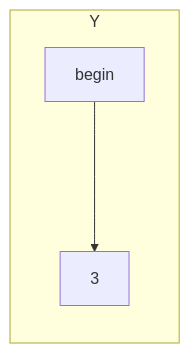
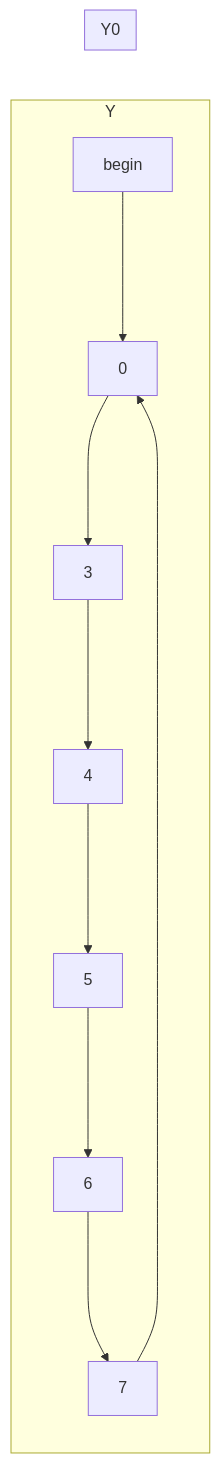
The fourth of 5 diagrams in CSDS 281 - Logic Design/HW/8/Tables.md (tnichols217/notes), drawn with Mermaid before and after one commit.

Commit message:
vault backup: 2024-04-03 23:33:54

````diff
--- a/CSDS 281 - Logic Design/HW/8/Tables.md
+++ b/CSDS 281 - Logic Design/HW/8/Tables.md
@@ -113,6 +113,16 @@
 ```mermaid
 flowchart LR
 subgraph Y
-	begin ---> 3
+	begin ---> 0
+	0 ---> 3
+	3 ---> 4
+	4 ---> 5
+	5 ---> 6
+	6 ---> 7
+	7 ---> 0
 end
+subgraph Y0
+	
+end
+
 ```
````
